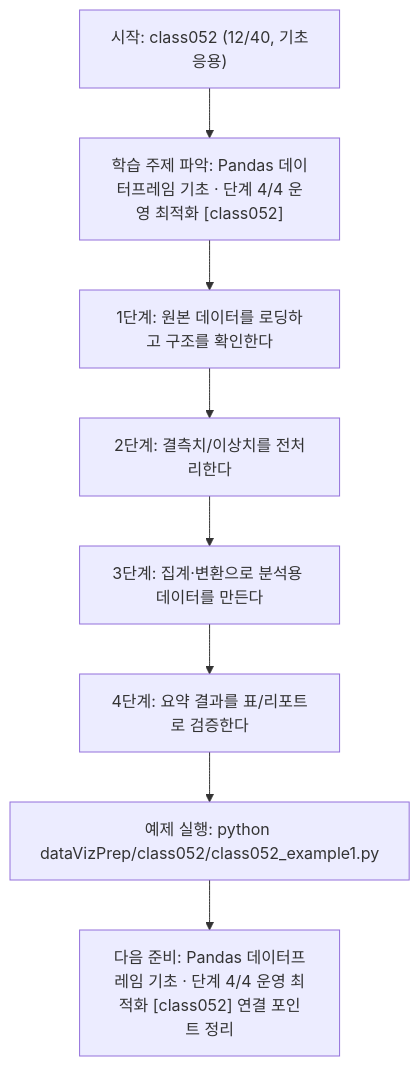
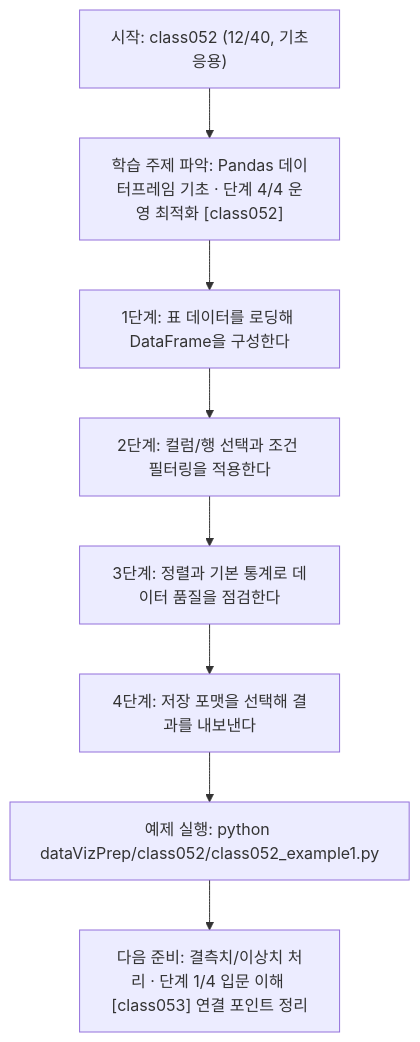
The diagram in dataVizPrep/class052/class052.md (edumgt/Python-AI_Agent-Class), drawn with Mermaid before and after one commit. The commit also changed other lines of this file and 283 other files, not shown here.

````diff
--- a/dataVizPrep/class052/class052.md
+++ b/dataVizPrep/class052/class052.md
@@ -111,18 +92,18 @@
 ```mermaid
 flowchart TD
 N1["시작: class052 (12/40, 기초응용)"]
 N2["학습 주제 파악: Pandas 데이터프레임 기초 · 단계 4/4 운영 최적화 [class052]"]
-N3["1단계: 원본 데이터를 로딩하고 구조를 확인한다"]
-N4["2단계: 결측치/이상치를 전처리한다"]
-N5["3단계: 집계·변환으로 분석용 데이터를 만든다"]
-N6["4단계: 요약 결과를 표/리포트로 검증한다"]
+N3["1단계: 표 데이터를 로딩해 DataFrame을 구성한다"]
+N4["2단계: 컬럼/행 선택과 조건 필터링을 적용한다"]
+N5["3단계: 정렬과 기본 통계로 데이터 품질을 점검한다"]
+N6["4단계: 저장 포맷을 선택해 결과를 내보낸다"]
 N7["예제 실행: python dataVizPrep/class052/class052_example1.py"]
-N8["다음 준비: Pandas 데이터프레임 기초 · 단계 4/4 운영 최적화 [class052] 연결 포인트 정리"]
+N8["다음 준비: 결측치/이상치 처리 · 단계 1/4 입문 이해 [class053] 연결 포인트 정리"]
 N1 --> N2
 N2 --> N3
 N3 --> N4
 N4 --> N5
 N5 --> N6
 N6 --> N7
 N7 --> N8
 ```
````
